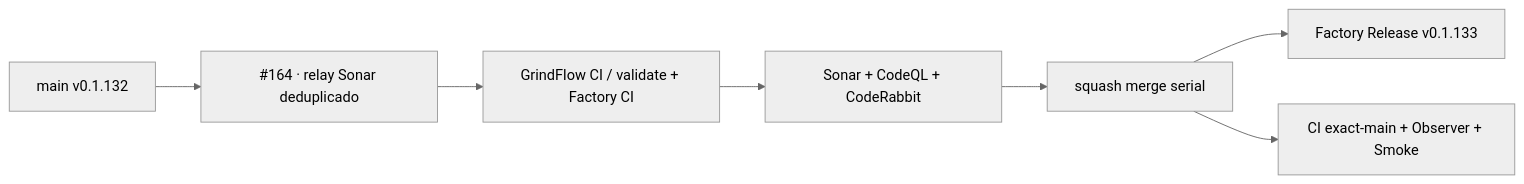
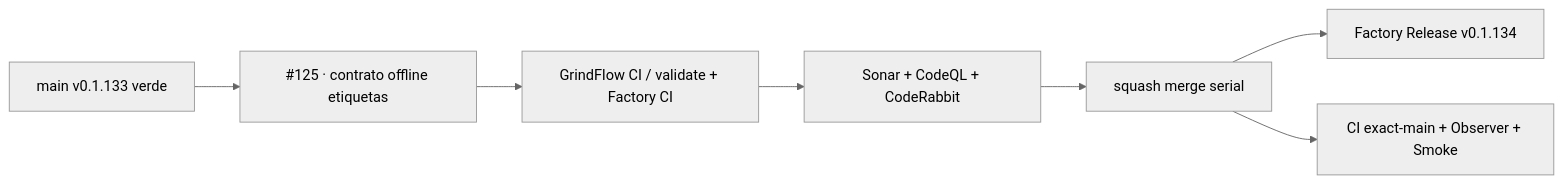
One commit to pl0n3r/GrindFlow changed the diagram in README.md. Above: the diagram before and after it, drawn with Mermaid (neutral theme). The commit also changed other lines of this file and 6 other files, not shown here.

First line of the commit message:
test(governance): contrato etiquetas con doble tipo legítimo (V 0.1.134) (#165)

````diff
--- a/README.md
+++ b/README.md
@@ -47,9 +47,9 @@
 ```mermaid
 flowchart LR
-  A["main v0.1.132"] --> P["#164 · relay Sonar deduplicado"]
+  A["main v0.1.133 verde"] --> P["#125 · contrato offline etiquetas"]
   P --> F["GrindFlow CI / validate + Factory CI"]
   F --> Q["Sonar + CodeQL + CodeRabbit"]
   Q --> M["squash merge serial"]
-  M --> R["Factory Release v0.1.133"]
+  M --> R["Factory Release v0.1.134"]
   M --> X["CI exact-main + Observer + Smoke"]
 ```
````
